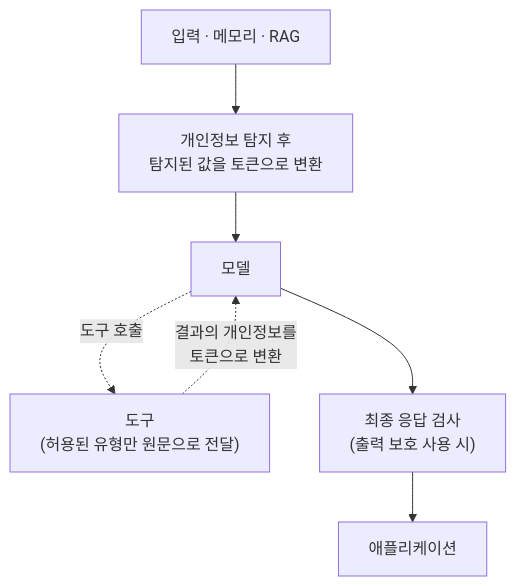
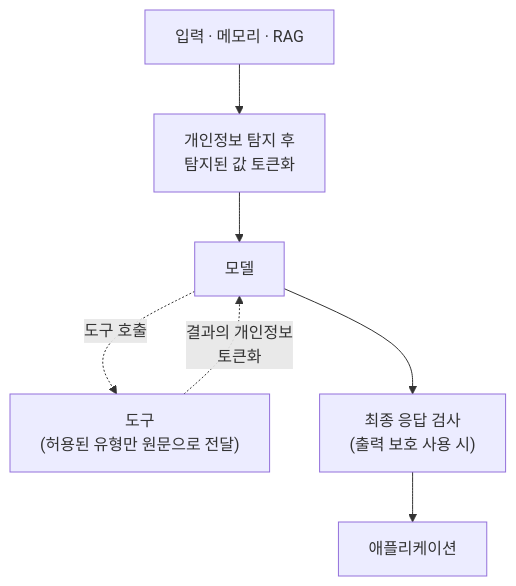
Before and after one commit to ultramancode/spring-ai-privacy-guardrails: the diagram in README.ko.md, drawn with Mermaid. The commit also changed other lines of this file and 33 other files, not shown here.

````diff
--- a/README.ko.md
+++ b/README.ko.md
@@ -53,9 +54,9 @@
 ```mermaid
 flowchart TD
-    A["입력 · 메모리 · RAG"] --> B["개인정보 탐지 후<br/>탐지된 값을 토큰으로 변환"]
+    A["입력 · 메모리 · RAG"] --> B["개인정보 탐지 후<br/>탐지된 값 토큰화"]
     B --> C["모델"]
     C -. "도구 호출" .-> D["도구<br/>(허용된 유형만 원문으로 전달)"]
-    D -. "결과의 개인정보를<br/>토큰으로 변환" .-> C
+    D -. "결과의 개인정보<br/>토큰화" .-> C
     C --> E["최종 응답 검사<br/>(출력 보호 사용 시)"]
     E --> F["애플리케이션"]
 ```
````
